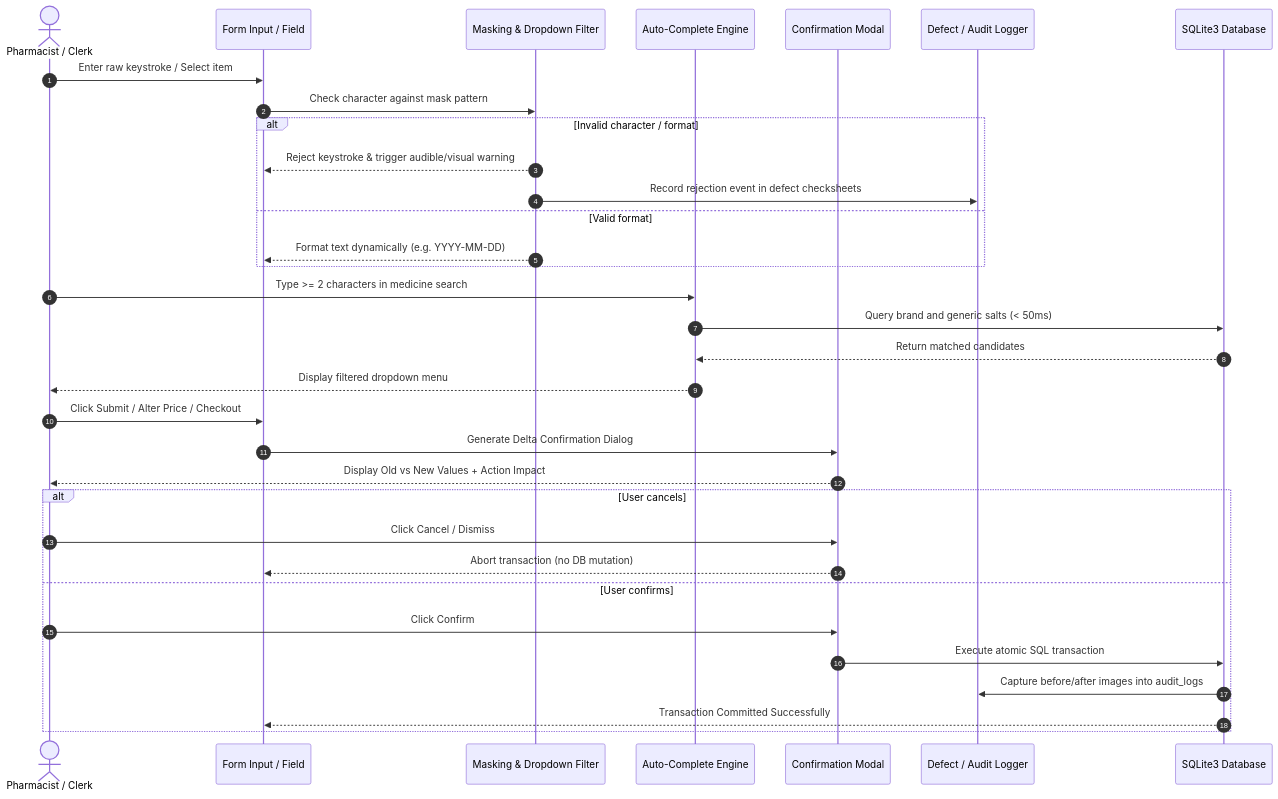
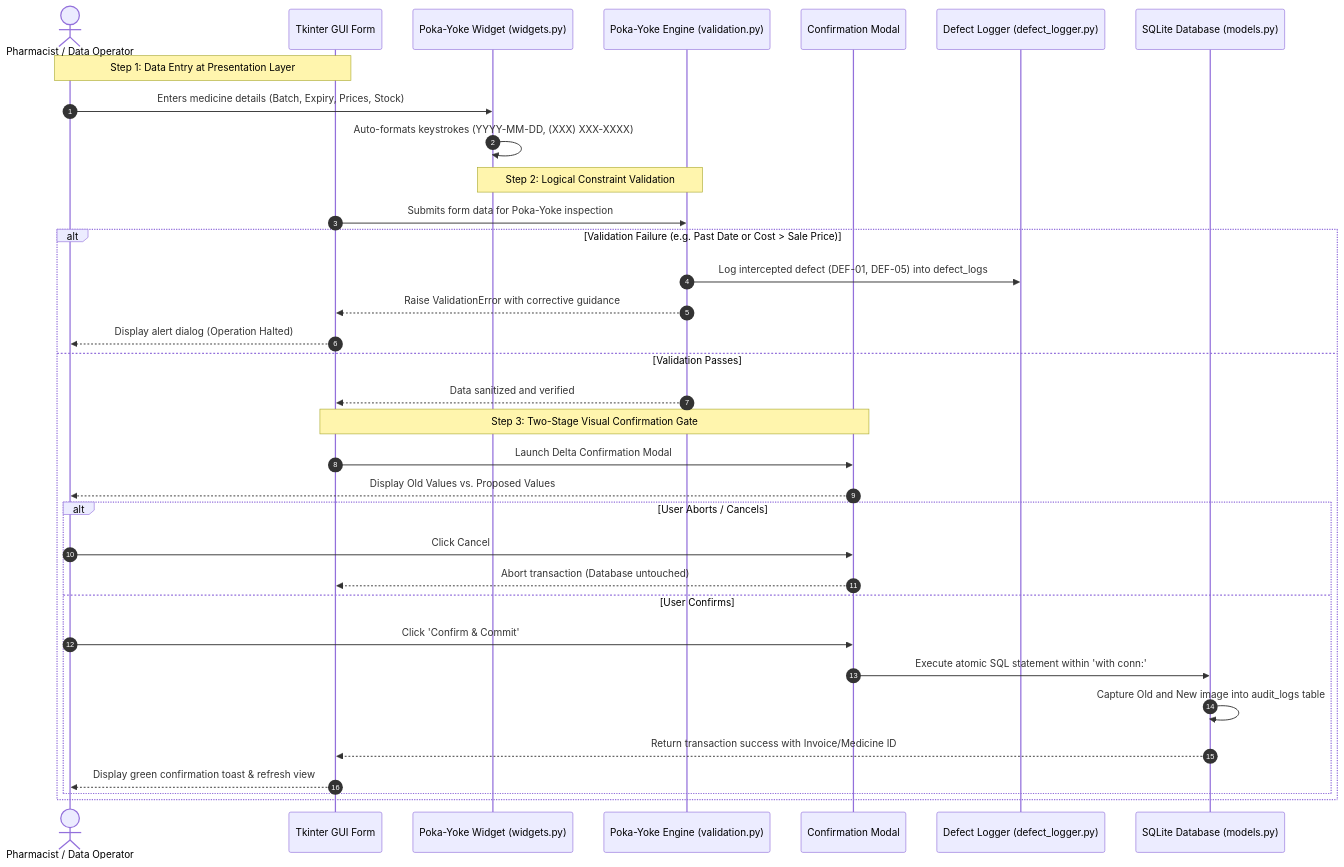
Before and after one commit to anmol6758/BBAT104_TQM_2410302004: the third of 3 diagrams in docs/SYSTEM_ARCHITECTURE.md, drawn with Mermaid. The commit also changed other lines of this file, not shown here.

Commit message:
docs: enrich system architecture flowchart and comprehensive poka-yoke mistake proofing model

````diff
--- a/docs/SYSTEM_ARCHITECTURE.md
+++ b/docs/SYSTEM_ARCHITECTURE.md
@@ -57,38 +143,41 @@
 ```mermaid
 sequenceDiagram
     autonumber
-    actor User as Pharmacist / Clerk
-    participant UI as Form Input / Field
-    participant Mask as Masking & Dropdown Filter
-    participant Auto as Auto-Complete Engine
+    actor User as Pharmacist / Data Operator
+    participant UI as Tkinter GUI Form
+    participant Widget as Poka-Yoke Widget (widgets.py)
+    participant Validator as Poka-Yoke Engine (validation.py)
     participant Modal as Confirmation Modal
-    participant Logger as Defect / Audit Logger
-    participant DB as SQLite3 Database
+    participant SQC as Defect Logger (defect_logger.py)
+    participant DB as SQLite Database (models.py)
 
-    User->>UI: Enter raw keystroke / Select item
-    UI->>Mask: Check character against mask pattern
-    alt Invalid character / format
-        Mask-->>UI: Reject keystroke & trigger audible/visual warning
-        Mask->>Logger: Record rejection event in defect checksheets
-    else Valid format
-        Mask-->>UI: Format text dynamically (e.g. YYYY-MM-DD)
-    end
-
-    User->>Auto: Type >= 2 characters in medicine search
-    Auto->>DB: Query brand and generic salts (< 50ms)
-    DB-->>Auto: Return matched candidates
-    Auto-->>User: Display filtered dropdown menu
-
-    User->>UI: Click Submit / Alter Price / Checkout
-    UI->>Modal: Generate Delta Confirmation Dialog
-    Modal-->>User: Display Old vs New Values + Action Impact
-    alt User cancels
-        User->>Modal: Click Cancel / Dismiss
-        Modal-->>UI: Abort transaction (no DB mutation)
-    else User confirms
-        User->>Modal: Click Confirm
-        Modal->>DB: Execute atomic SQL transaction
-        DB->>Logger: Capture before/after images into audit_logs
-        DB-->>UI: Transaction Committed Successfully
+    Note over User,UI: Step 1: Data Entry at Presentation Layer
+    User->>Widget: Enters medicine details (Batch, Expiry, Prices, Stock)
+    Widget->>Widget: Auto-formats keystrokes (YYYY-MM-DD, (XXX) XXX-XXXX)
+    
+    Note over Widget,Validator: Step 2: Logical Constraint Validation
+    UI->>Validator: Submits form data for Poka-Yoke inspection
+    
+    alt Validation Failure (e.g. Past Date or Cost > Sale Price)
+        Validator->>SQC: Log intercepted defect (DEF-01, DEF-05) into defect_logs
+        Validator-->>UI: Raise ValidationError with corrective guidance
+        UI-->>User: Display alert dialog (Operation Halted)
+    else Validation Passes
+        Validator-->>UI: Data sanitized and verified
+        
+        Note over UI,Modal: Step 3: Two-Stage Visual Confirmation Gate
+        UI->>Modal: Launch Delta Confirmation Modal
+        Modal-->>User: Display Old Values vs. Proposed Values
+        
+        alt User Aborts / Cancels
+            User->>Modal: Click Cancel
+            Modal-->>UI: Abort transaction (Database untouched)
+        else User Confirms
+            User->>Modal: Click 'Confirm & Commit'
+            Modal->>DB: Execute atomic SQL statement within 'with conn:'
+            DB->>DB: Capture Old and New image into audit_logs table
+            DB-->>UI: Return transaction success with Invoice/Medicine ID
+            UI-->>User: Display green confirmation toast & refresh view
+        end
     end
 ```
````
